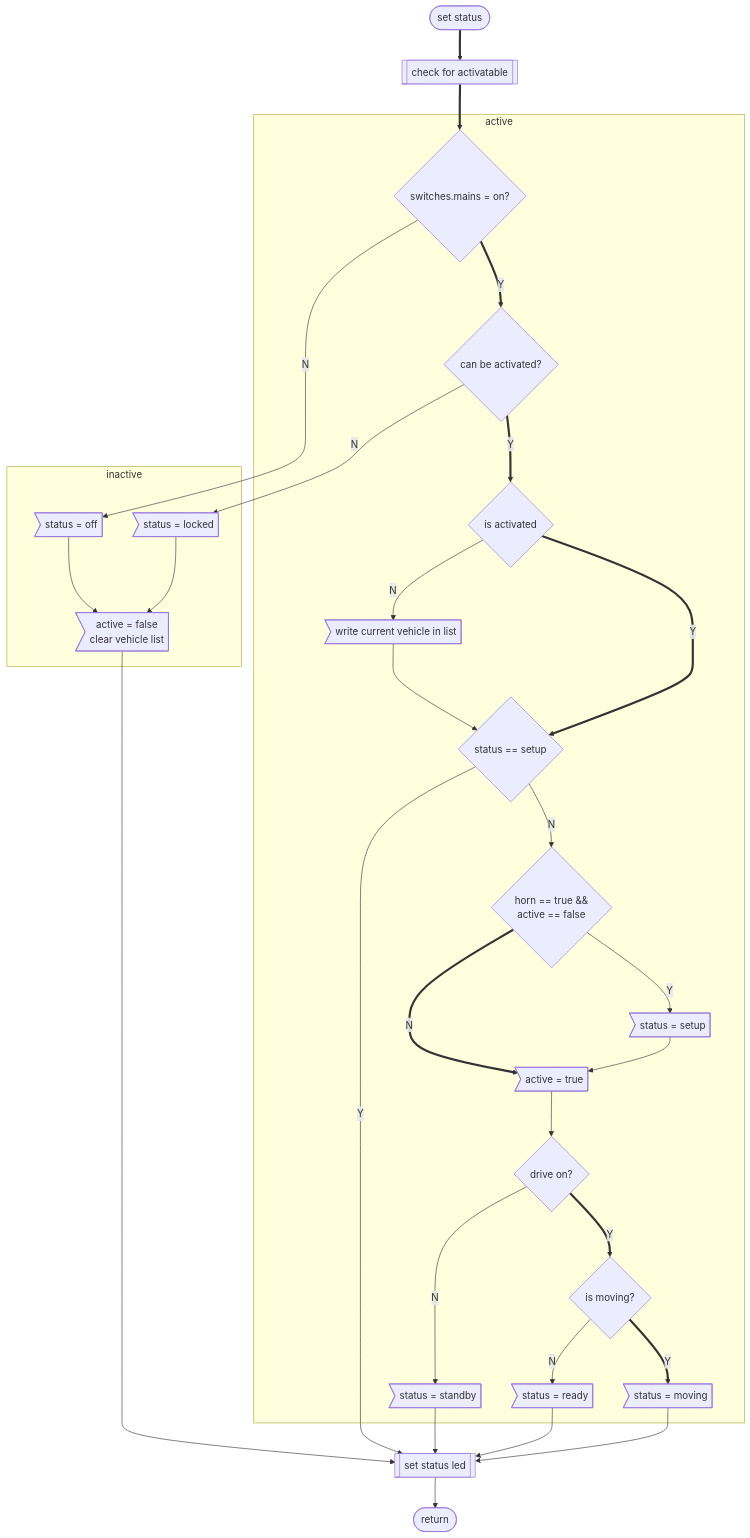
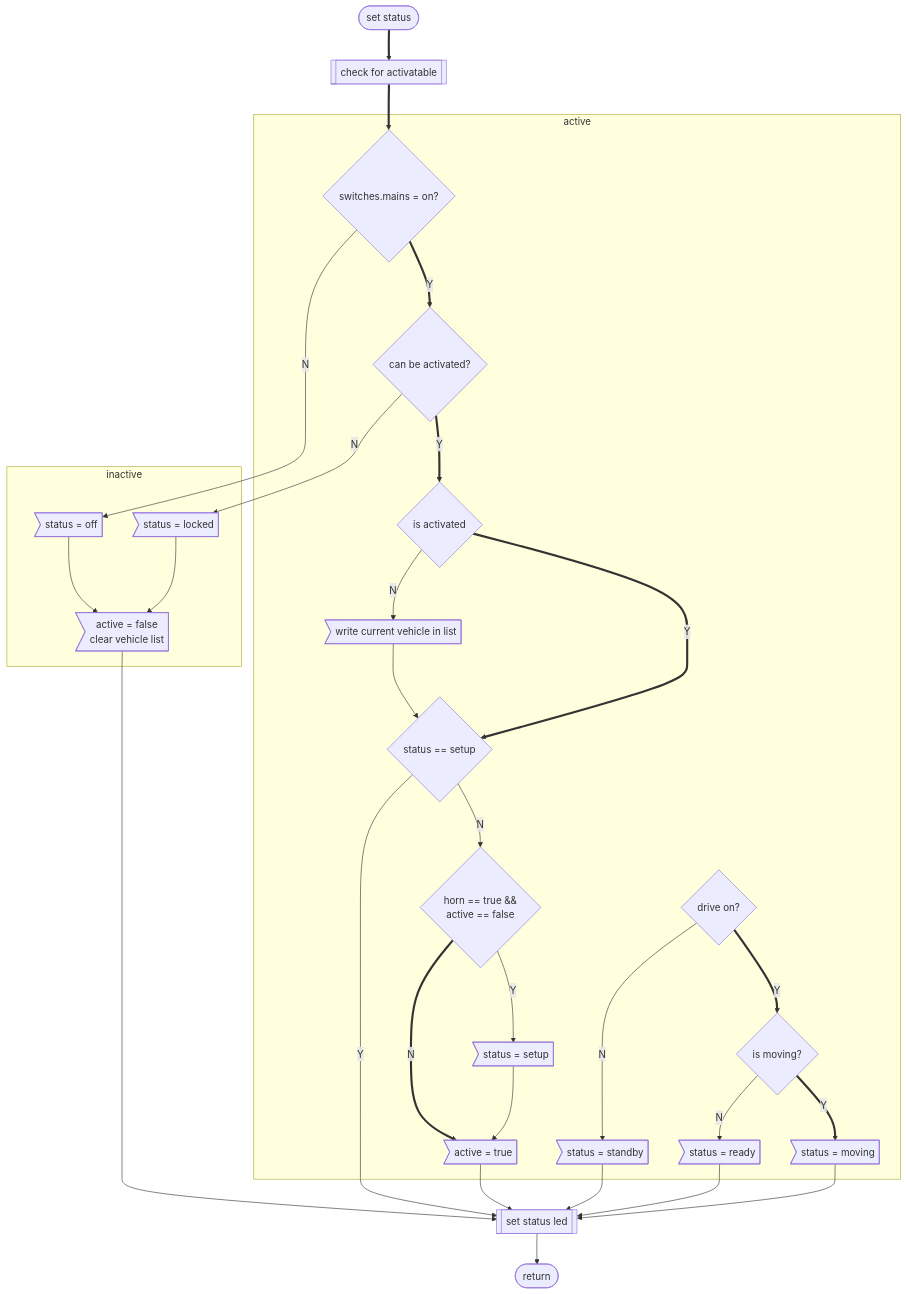
The sixth of 7 diagrams in Loco_can_controller/FLOATCHART.md (loco-can/loco-can-software), drawn with Mermaid before and after one commit.

````diff
--- a/Loco_can_controller/FLOATCHART.md
+++ b/Loco_can_controller/FLOATCHART.md
@@ -207,55 +207,55 @@
 ```mermaid
 graph TD;
     %% status parser
     
     %% node definitions
     GET_STATUS([set status]);
     CHECK_ACTIVE[["check for activatable"]];
 
     subgraph active
         IS_ACTIVE{can be activated?};
         IS_SETUP{status == setup};
         IS_MAINS{switches.mains = on?};
         SWITCHING_ON{is activated};
         COLLECT_VEHICLES>write current vehicle in list];
         STATUS_STANDBY>status = standby];
         CHECK_SETUP{"horn == true &&\nactive == false"};
         SET_SETUP>status = setup];
         SET_ACT_ON>active = true];
         IS_DRIVE{drive on?};
         STATUS_STANDBY>status = standby];
         CHECK_MOVING{is moving?};
         STATUS_READY>status = ready];
         STATUS_MOVING>status = moving];
     end
 
     subgraph inactive
         STATUS_OFF>status = off];
         SET_ACT_OFF>active = false\nclear vehicle list];
         STATUS_LOCKED>status = locked];
     end
 
     STATUS_OFF>status = off];
     LED_STATUS[[set status led]];
     END_STATUS([return]);
 
     %% flow
     GET_STATUS ==> CHECK_ACTIVE ==> IS_MAINS;
     IS_MAINS --> |N| STATUS_OFF -->  SET_ACT_OFF;
     IS_MAINS ==> |Y| IS_ACTIVE;
     IS_ACTIVE --> |N| STATUS_LOCKED --> SET_ACT_OFF;
     IS_ACTIVE ==> |Y| SWITCHING_ON;
     SWITCHING_ON --> |N| COLLECT_VEHICLES -->IS_SETUP;
     SWITCHING_ON ==> |Y| IS_SETUP;
     SET_ACT_OFF --> LED_STATUS
     IS_SETUP --> |N| CHECK_SETUP;
     IS_SETUP --> |Y| LED_STATUS;
     CHECK_SETUP ==> |N| SET_ACT_ON;
     CHECK_SETUP --> |Y| SET_SETUP;
-    SET_SETUP --> SET_ACT_ON --> IS_DRIVE;
+    SET_SETUP --> SET_ACT_ON --> LED_STATUS;
     IS_DRIVE --> |N| STATUS_STANDBY --> LED_STATUS;
     IS_DRIVE ==> |Y| CHECK_MOVING;
     CHECK_MOVING --> |N| STATUS_READY --> LED_STATUS;
     CHECK_MOVING ==> |Y| STATUS_MOVING --> LED_STATUS;
     LED_STATUS --> END_STATUS;
 ```
````
